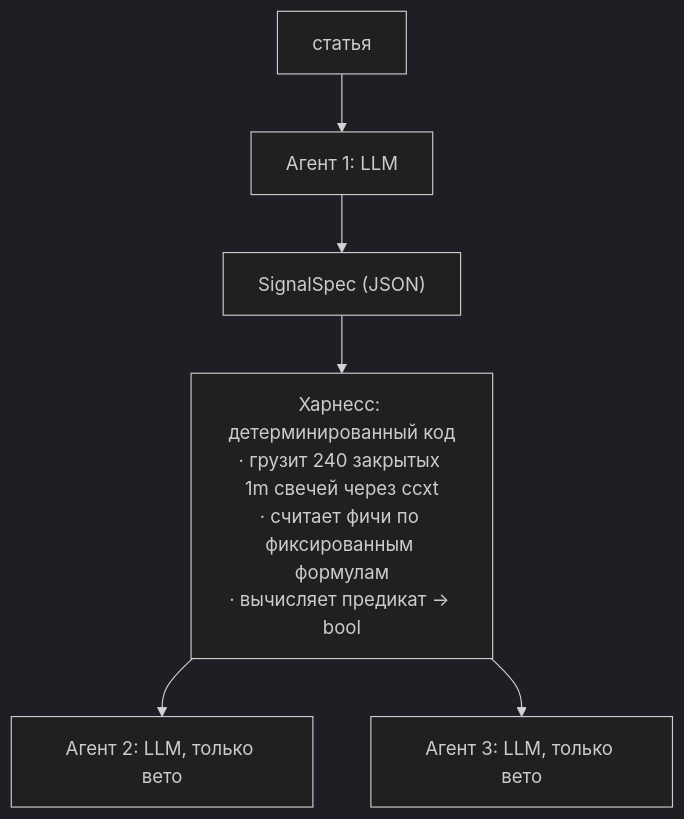
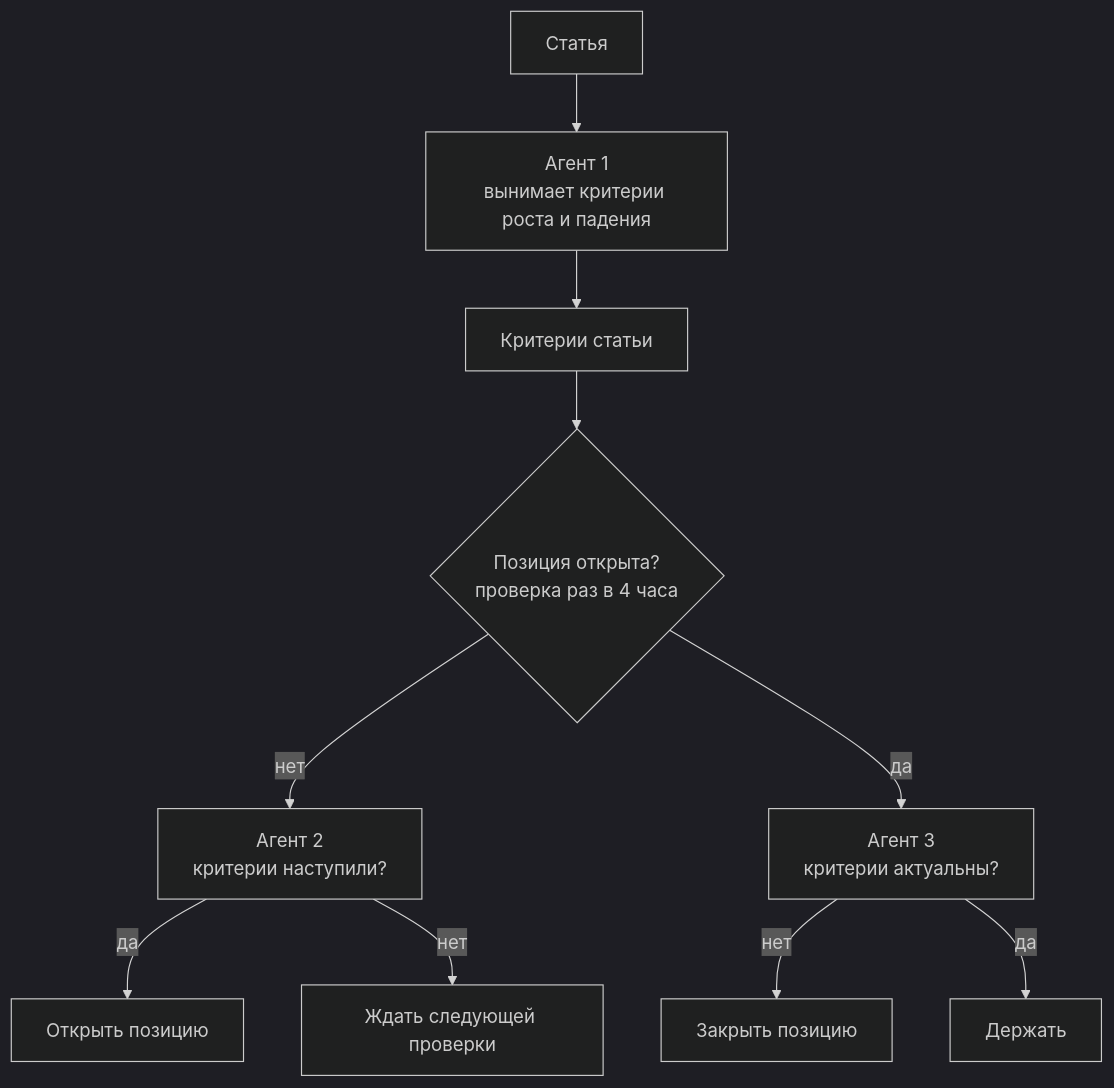
One commit to backtest-kit/backtest-news-claims changed the diagram in docs/AGENT.md. Above: the diagram before and after it, drawn with Mermaid (dark theme). The commit also changed other lines of this file and 8 other files, not shown here.

````diff
--- a/docs/AGENT.md
+++ b/docs/AGENT.md
@@ -31,8 +7,12 @@
 ```mermaid
 flowchart TD
-    A["статья"] --> L1["Агент 1: LLM"]
-    L1 --> S["SignalSpec (JSON)"]
-    S --> H["Харнесс: детерминированный код<br/>· грузит 240 закрытых 1m свечей через ccxt<br/>· считает фичи по фиксированным формулам<br/>· вычисляет предикат → bool"]
-    H --> L2["Агент 2: LLM, только вето"]
-    H --> L3["Агент 3: LLM, только вето"]
+    A["Статья"] --> L1["Агент 1<br/>вынимает критерии роста и падения"]
+    L1 --> C["Критерии статьи"]
+    C --> Q{"Позиция открыта?<br/>проверка раз в 4 часа"}
+    Q -- нет --> L2["Агент 2<br/>критерии наступили?"]
+    Q -- да --> L3["Агент 3<br/>критерии актуальны?"]
+    L2 -- да --> O["Открыть позицию"]
+    L2 -- нет --> W["Ждать следующей проверки"]
+    L3 -- нет --> X["Закрыть позицию"]
+    L3 -- да --> H["Держать"]
 ```
````
